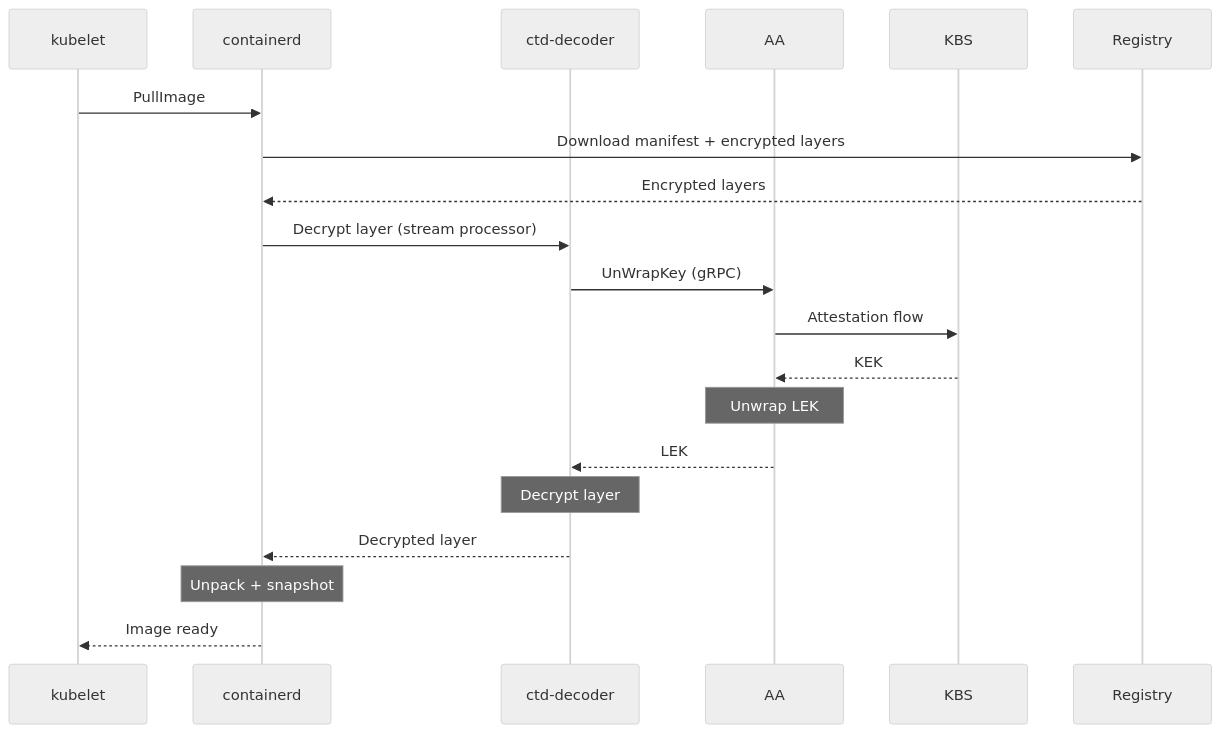
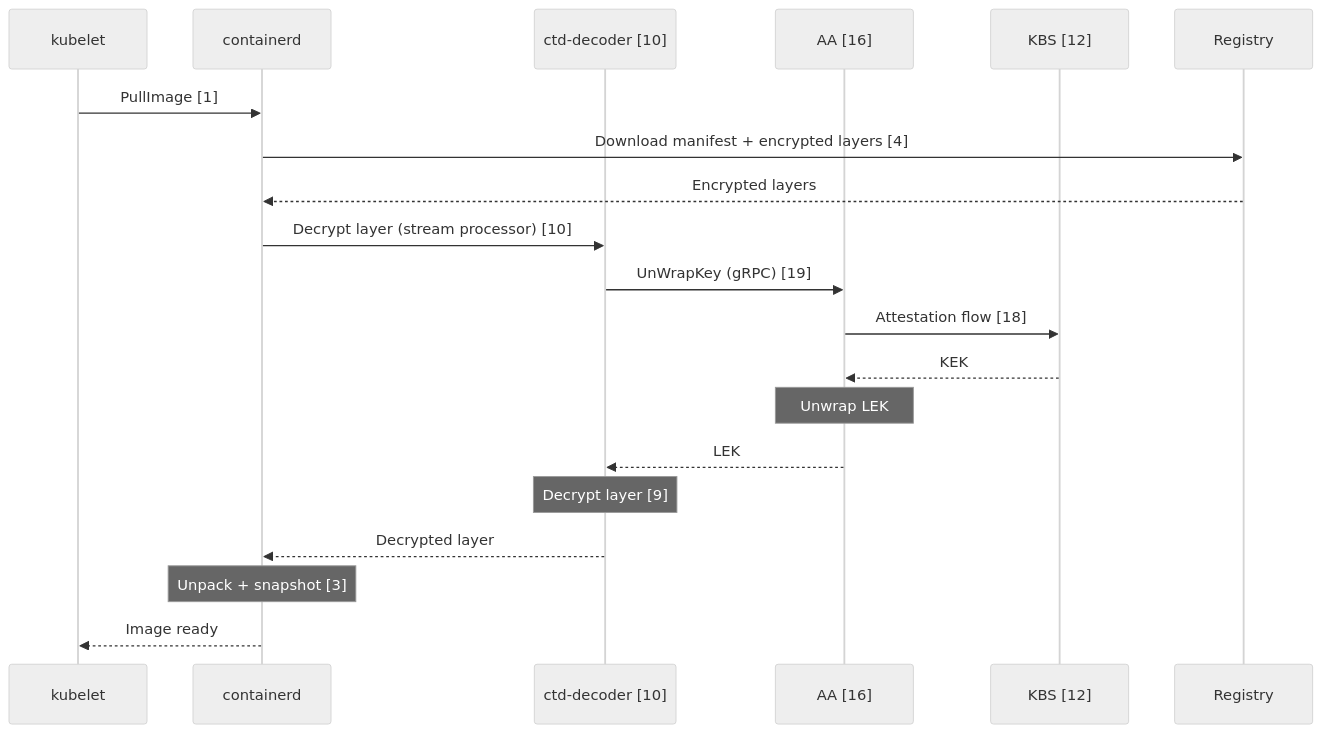
One commit to scontain/encrypted_container_images changed the tenth of 14 diagrams in PROPOSAL.md. Above: the diagram before and after it, drawn with Mermaid (neutral theme). The commit also changed other lines of this file, not shown here.

````diff
--- a/PROPOSAL.md
+++ b/PROPOSAL.md
@@ -486,31 +501,31 @@
 ```mermaid
 sequenceDiagram
     participant K as kubelet
     participant C as containerd
-    participant CTD as ctd-decoder
-    participant AA as AA
-    participant KBS as KBS
+    participant CTD as ctd-decoder [10]
+    participant AA as AA [16]
+    participant KBS as KBS [12]
     participant R as Registry
 
-    K->>C: PullImage
-    C->>R: Download manifest + encrypted layers
+    K->>C: PullImage [1]
+    C->>R: Download manifest + encrypted layers [4]
     R-->>C: Encrypted layers
     
-    C->>CTD: Decrypt layer (stream processor)
-    CTD->>AA: UnWrapKey (gRPC)
+    C->>CTD: Decrypt layer (stream processor) [10]
+    CTD->>AA: UnWrapKey (gRPC) [19]
     
-    AA->>KBS: Attestation flow
+    AA->>KBS: Attestation flow [18]
     KBS-->>AA: KEK
     
     Note over AA: Unwrap LEK
     
     AA-->>CTD: LEK
     
-    Note over CTD: Decrypt layer
+    Note over CTD: Decrypt layer [9]
     
     CTD-->>C: Decrypted layer
     
-    Note over C: Unpack + snapshot
+    Note over C: Unpack + snapshot [3]
     
     C-->>K: Image ready
 ```
````
